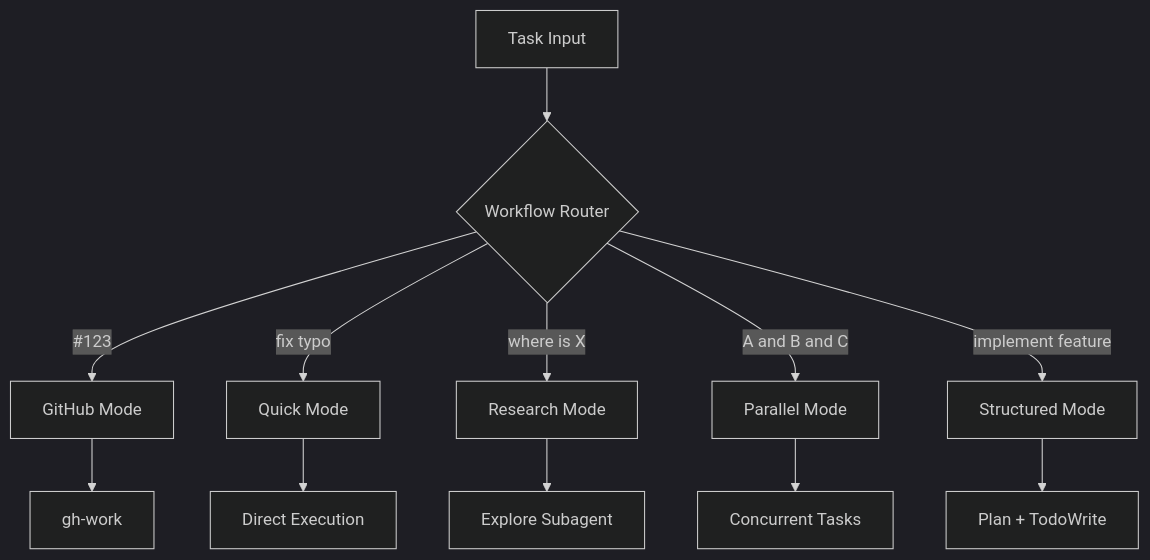
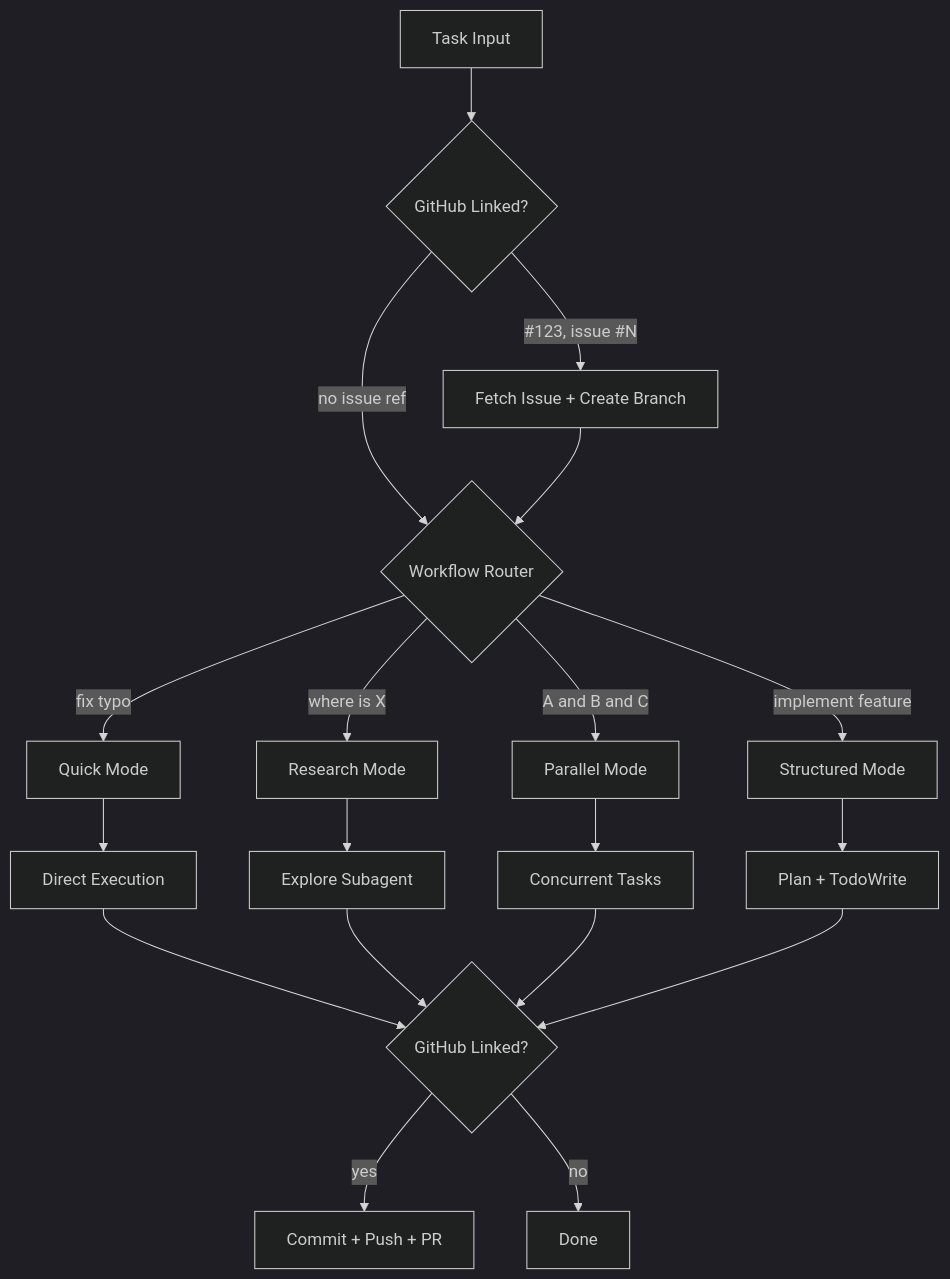
Before and after one commit to uarslandev/infra: the diagram in dotfiles/roles/claude/README.md, drawn with Mermaid (dark theme). The commit also changed other lines of this file and 3 other files, not shown here.

````diff
--- a/dotfiles/roles/claude/README.md
+++ b/dotfiles/roles/claude/README.md
@@ -71,14 +71,18 @@
 ```mermaid
 graph TD
-    A[Task Input] --> B{Workflow Router}
-    B -->|"#123"| C[GitHub Mode]
-    B -->|"fix typo"| D[Quick Mode]
-    B -->|"where is X"| E[Research Mode]
-    B -->|"A and B and C"| F[Parallel Mode]
-    B -->|"implement feature"| G[Structured Mode]
-    C --> H["gh-work"]
-    D --> I[Direct Execution]
-    E --> J[Explore Subagent]
-    F --> K[Concurrent Tasks]
-    G --> L[Plan + TodoWrite]
+    A[Task Input] --> B{GitHub Linked?}
+    B -->|"#123, issue #N"| C[Fetch Issue + Create Branch]
+    B -->|"no issue ref"| D{Workflow Router}
+    C --> D
+    D -->|"fix typo"| E[Quick Mode]
+    D -->|"where is X"| F[Research Mode]
+    D -->|"A and B and C"| G[Parallel Mode]
+    D -->|"implement feature"| H[Structured Mode]
+    E --> I[Direct Execution]
+    F --> J[Explore Subagent]
+    G --> K[Concurrent Tasks]
+    H --> L[Plan + TodoWrite]
+    I & J & K & L --> M{GitHub Linked?}
+    M -->|yes| N[Commit + Push + PR]
+    M -->|no| O[Done]
 ```
````
